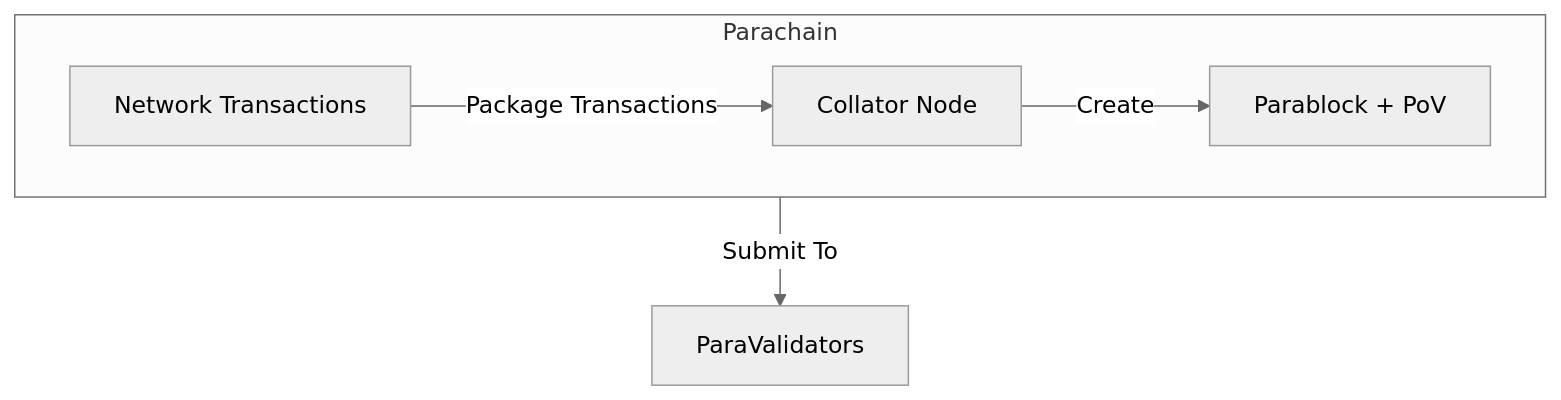
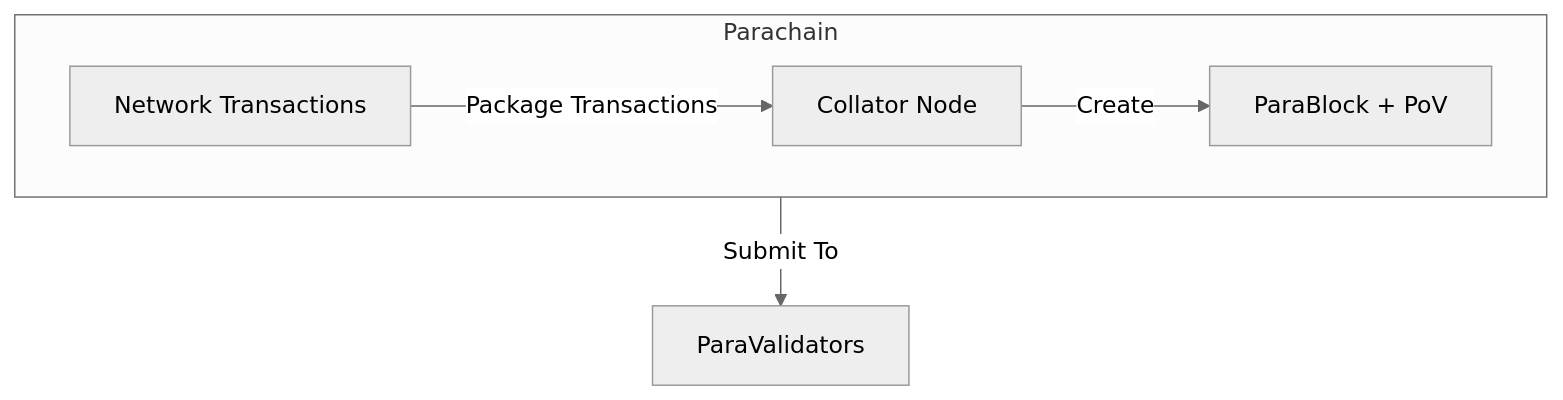
The first of 2 diagrams in polkadot-protocol/architecture/parachains/consensus.md (polkadot-developers/polkadot-docs), drawn with Mermaid (neutral theme) before and after one commit.

Commit message:
fix: Camel Case

````diff
--- a/polkadot-protocol/architecture/parachains/consensus.md
+++ b/polkadot-protocol/architecture/parachains/consensus.md
@@ -49,15 +49,15 @@
 ```mermaid
 flowchart TB
     %% Subgraph: Parachain
     subgraph Parachain
         direction LR
         Txs[Network Transactions]
         Collator[Collator Node]
-        ParaBlock[Parablock + PoV]
+        ParaBlock[ParaBlock + PoV]
         Txs -->|Package Transactions| Collator
         Collator -->|Create| ParaBlock
     end
 
     %% Main Flow
     Parachain -->|Submit To| ParaValidators
 ```
````
